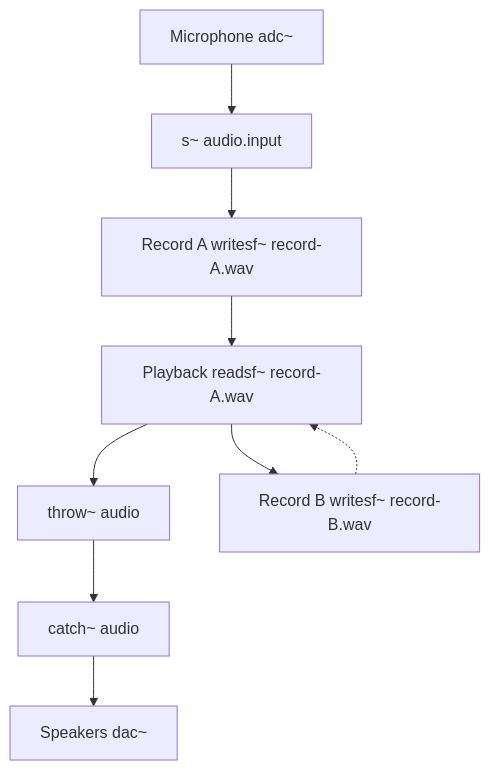
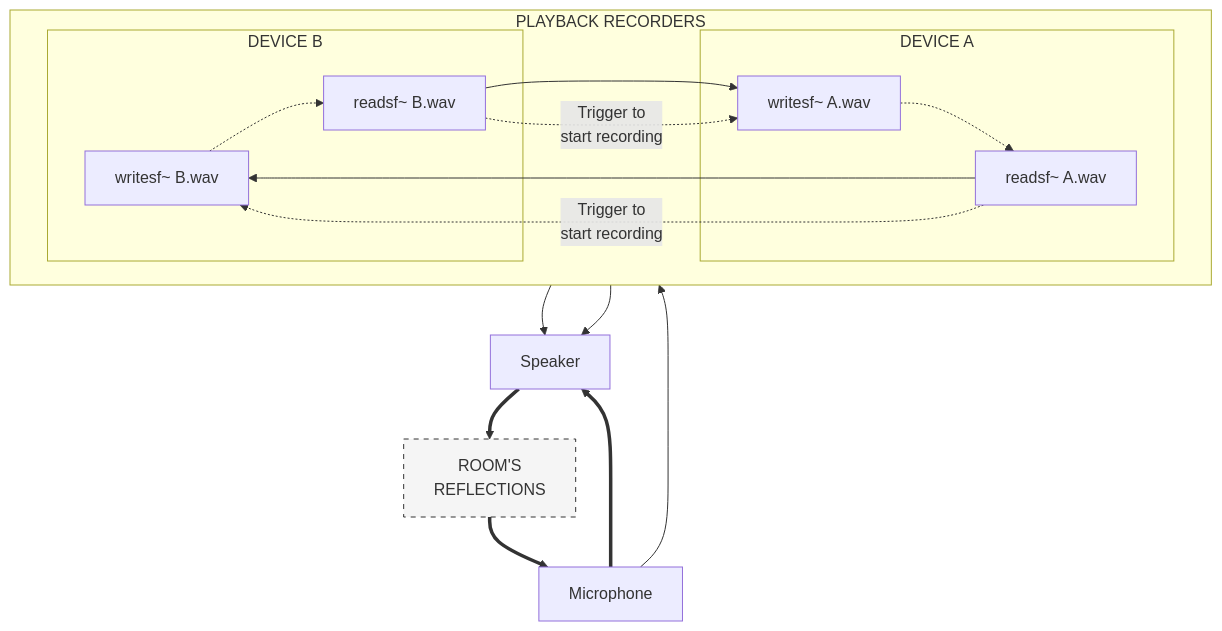
One commit to ezequielabregu/code-that-sounds changed the first of 3 diagrams in chapters/playrec.qmd. Above: the diagram before and after it, drawn with Mermaid. The commit also changed other lines of this file and 7 other files, not shown here.

Commit message:
Fix mermaid diagrams on playrec.qmd

````diff
--- a/chapters/playrec.qmd
+++ b/chapters/playrec.qmd
@@ -65,11 +67,41 @@
 ```{mermaid}
-flowchart TD
-    A[Microphone adc~] --> B[s~ audio.input]
-    B --> C[Record A writesf~ record-A.wav]
-    C --> D[Playback readsf~ record-A.wav]
-    D --> E[throw~ audio]
-    E --> F[catch~ audio]
-    F --> G[Speakers dac~]
-    D --> H[Record B writesf~ record-B.wav]
-    H -.-> D
+flowchart TB
+  %% Top level source
+  Input[Microphone]
+  
+  %% Horizontal arrangement of recorders A and B
+  subgraph PLAYBACK RECORDERS
+    direction LR
+    subgraph RecorderA [DEVICE A]
+      RecordA[writesf~ A.wav]
+      PlayA[readsf~ A.wav]
+      RecordA -.-> PlayA
+    end
+    
+    subgraph RecorderB [DEVICE B]
+      RecordB[writesf~ B.wav]
+      PlayB[readsf~ B.wav]
+      RecordB -.->PlayB
+    end
+  end
+  
+  %% Output at the bottom  
+  Output[Speaker]
+  
+  %% Clear connections showing signal flow
+  Input --> RecordA
+  Input ==> Output
+  
+  PlayA --> Output
+  PlayB --> Output
+  
+  PlayA --> RecordB
+  PlayB --> RecordA
+  
+  %% Feedback path showing recursion
+  PlayB -.->|"Trigger to<br> start recording"| RecordA
+  PlayA -.->|"Trigger to<br> start recording"| RecordB
+  Output ==> room["ROOM'S<br>REFLECTIONS"]:::roomStyle ==> Input
+
+  classDef roomStyle fill:#f5f5f5,stroke:#333,stroke-dasharray:5 5 
 ```
````
